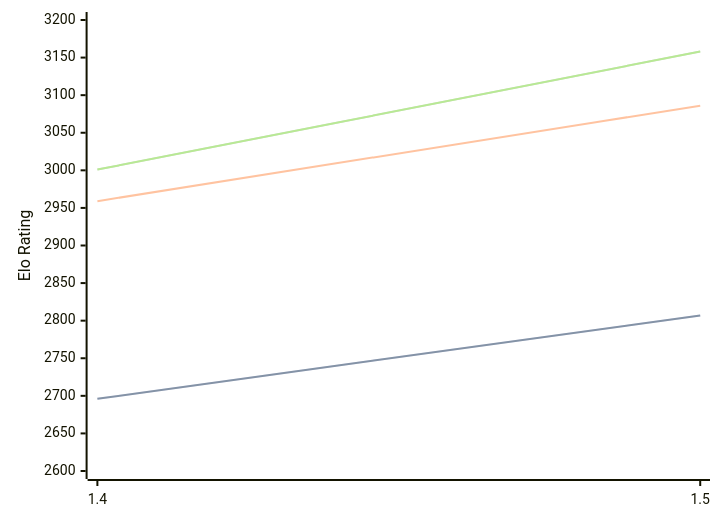
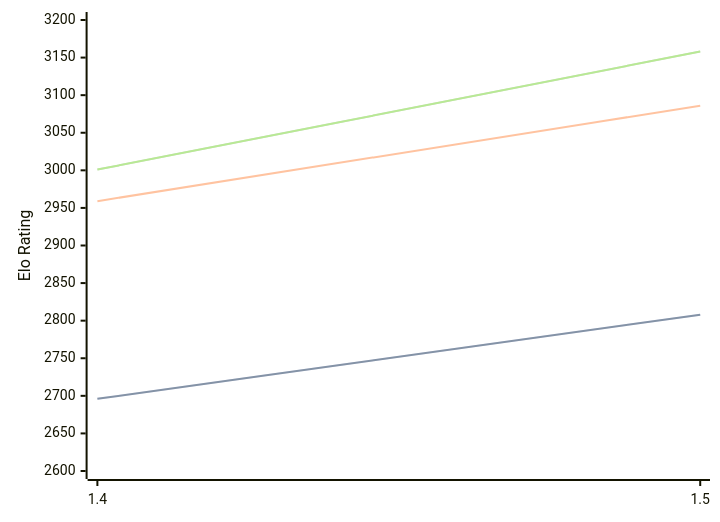
The diagram in engines/Yakka.md (computer-chess-index/cci), drawn with Mermaid before and after one commit. The commit also changed other lines of this file, not shown here.

Commit message:
Update CCI Ratings (ELO VLTC) - 2026-02-18

````diff
--- a/engines/Yakka.md
+++ b/engines/Yakka.md
@@ -33,11 +33,11 @@
 ```mermaid
 %%{init: {"theme":"base","themeVariables":{"seriesColors:['#a3a3a3','#222221','#faa371']}}}%%
 xychart-beta
   x-axis ["1.4", "1.5"]
   y-axis "Elo Rating" 2600 --> 3200
-  line "STC (8.0+0.08s)" [2696, 2807]
-  line "STC (8.0+0.08s)" [2696, 2807]
+  line "STC (8.0+0.08s)" [2696, 2808]
+  line "STC (8.0+0.08s)" [2696, 2808]
   line "LTC (60.0+0.60s)" [2959, 3086]
   line "VLTC (2m24s+1.12s)" [3001, 3158]
   line "VLTC (2m24s+1.12s)" [3001, 3158]
 ```
````
